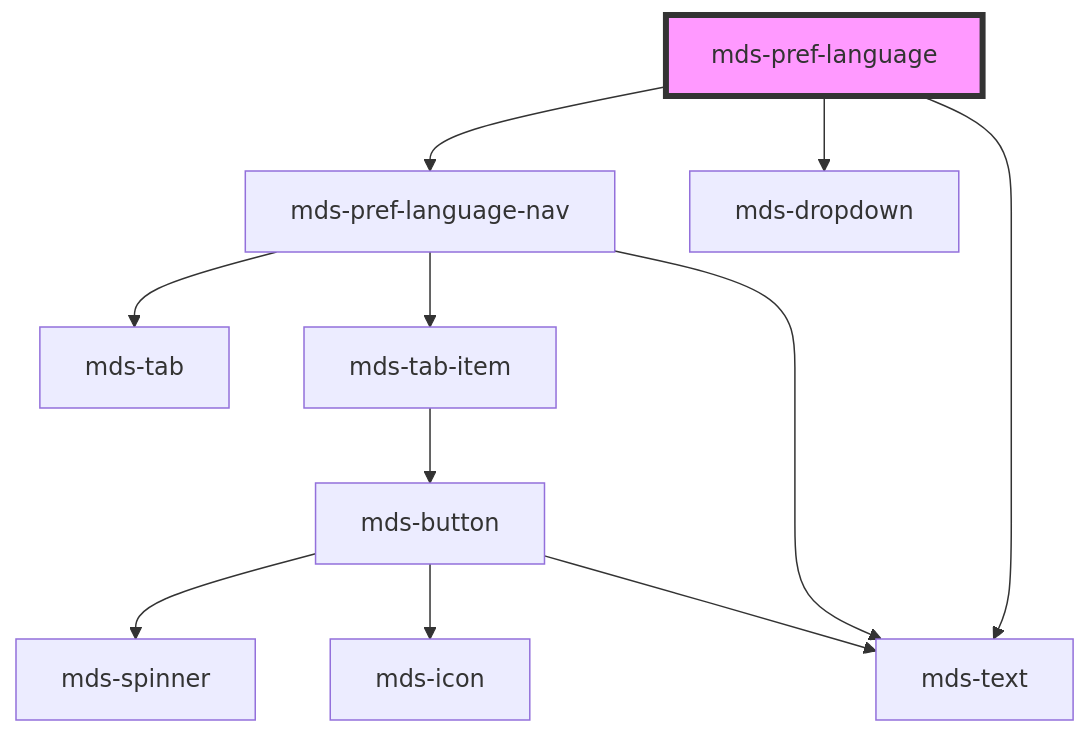
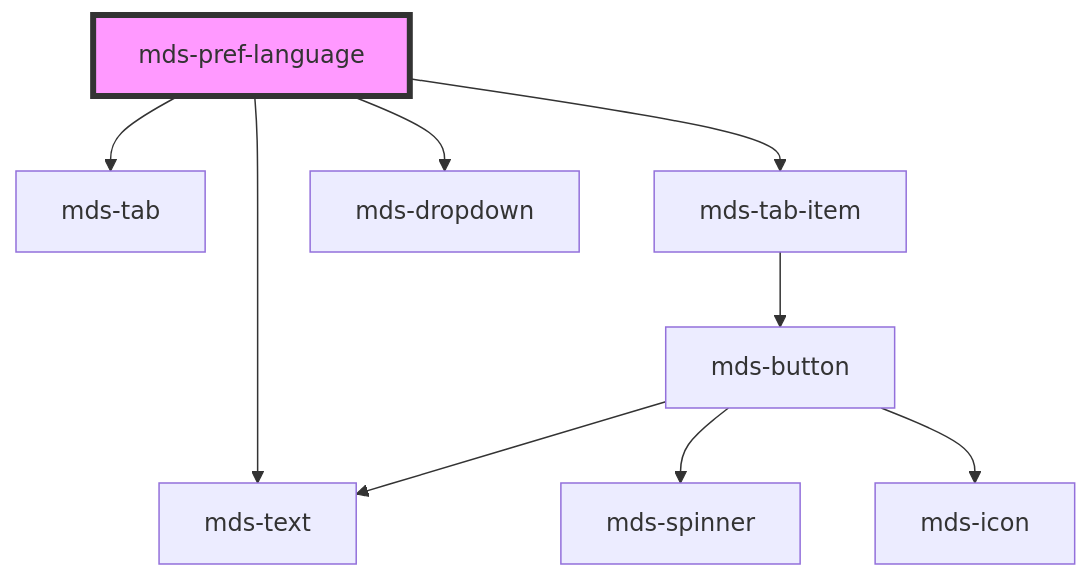
The diagram in projects/stencil/src/components/mds-pref-language/readme.md (magma-design-system/magma), drawn with Mermaid before and after one commit. The commit also changed other lines of this file and 26 other files, not shown here.

Commit message:
chore(mds-pref-language): reafactor, remove mds-pref-language-nav

````diff
--- a/projects/stencil/src/components/mds-pref-language/readme.md
+++ b/projects/stencil/src/components/mds-pref-language/readme.md
@@ -52,14 +53,12 @@
 ```mermaid
 graph TD;
-  mds-pref-language --> mds-pref-language-nav
+  mds-pref-language --> mds-text
+  mds-pref-language --> mds-tab
+  mds-pref-language --> mds-tab-item
   mds-pref-language --> mds-dropdown
-  mds-pref-language --> mds-text
-  mds-pref-language-nav --> mds-text
-  mds-pref-language-nav --> mds-tab
-  mds-pref-language-nav --> mds-tab-item
   mds-tab-item --> mds-button
   mds-button --> mds-spinner
   mds-button --> mds-icon
   mds-button --> mds-text
   style mds-pref-language fill:#f9f,stroke:#333,stroke-width:4px
 ```
````
